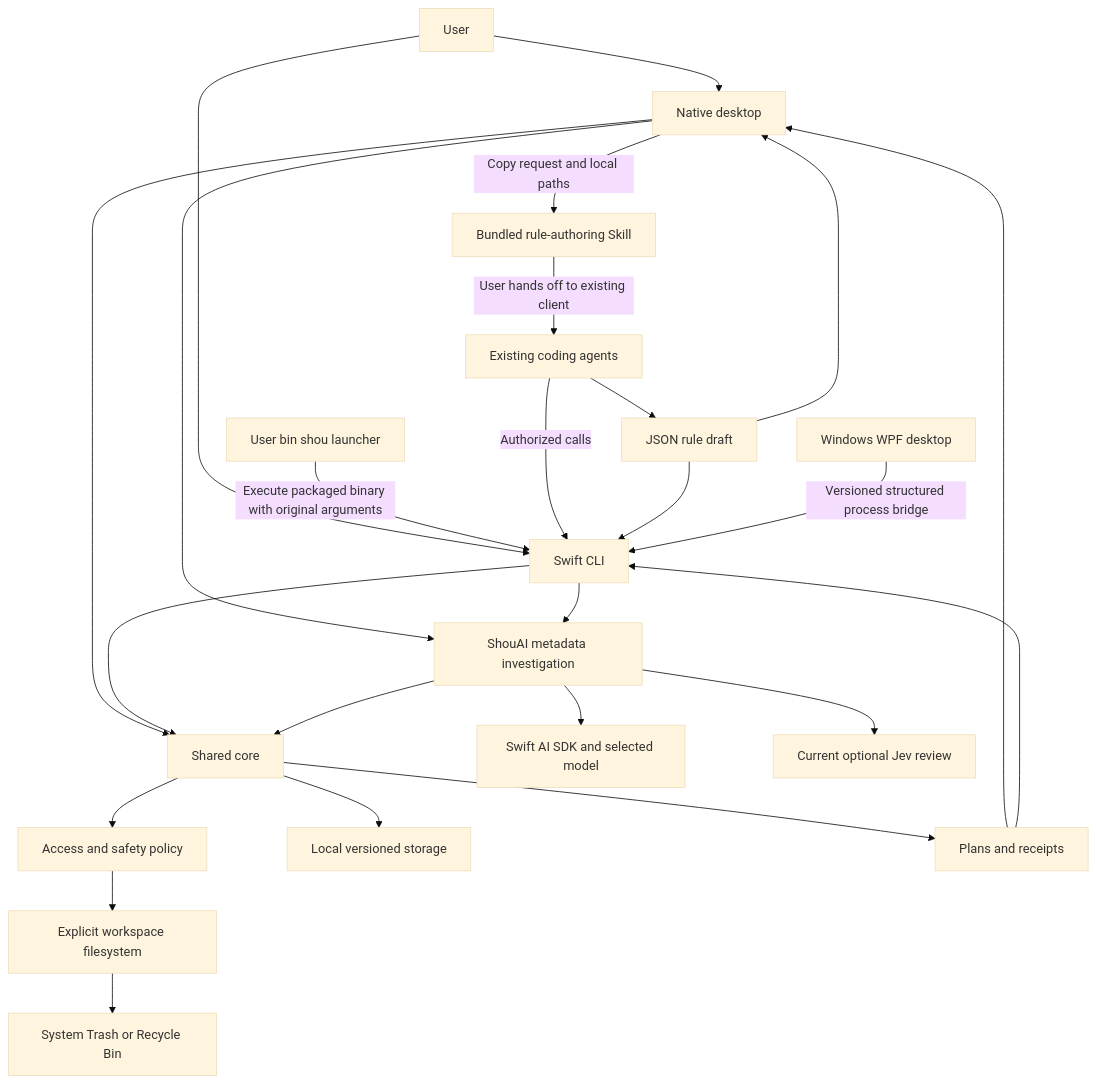
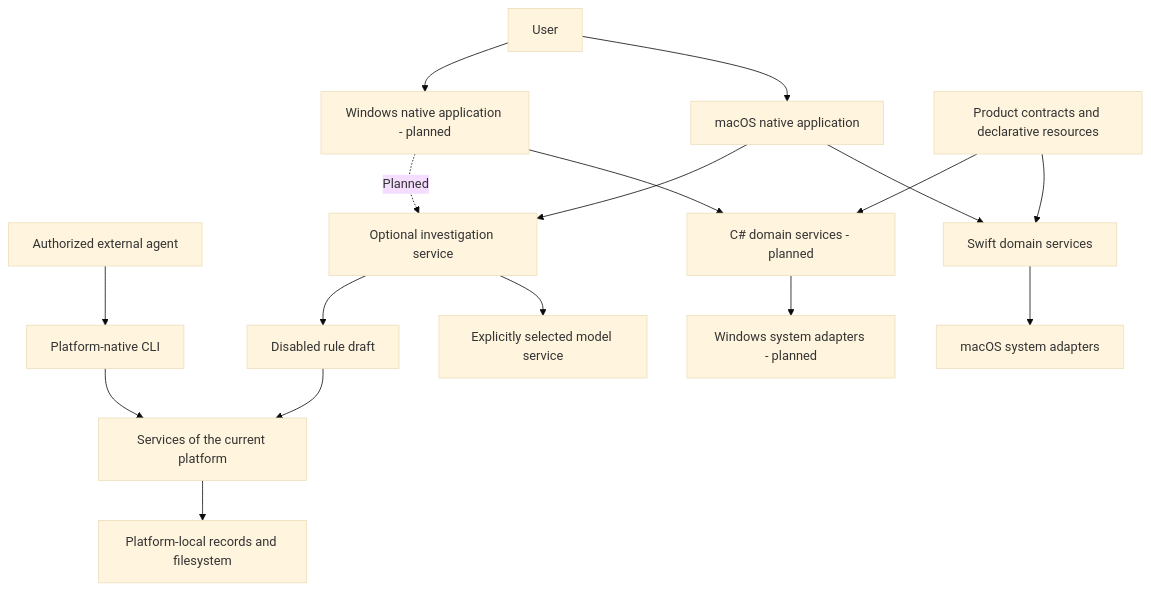
The first of 3 diagrams in docs/architecture/system-design.md (limecloud/shou), drawn with Mermaid (base theme) before and after one commit. The commit also changed other lines of this file and 312 other files, not shown here.

````diff
--- a/docs/architecture/system-design.md
+++ b/docs/architecture/system-design.md
@@ -19,27 +9,19 @@
 ```mermaid
 flowchart TB
-    User[User] --> GUI[Native desktop]
-    User --> CLI[Swift CLI]
-    Terminal[User bin shou launcher] -->|Execute packaged binary with original arguments| CLI
-    GUI -->|Copy request and local paths| Skill[Bundled rule-authoring Skill]
-    Skill -->|User hands off to existing client| Agents
-    Agents[Existing coding agents] -->|Authorized calls| CLI
-    Agents --> Draft[JSON rule draft]
-    Draft --> GUI
-    Draft --> CLI
-    GUI --> Core[Shared core]
-    CLI --> Core
-    GUI --> AI[ShouAI metadata investigation]
-    CLI --> AI
-    AI --> Core
-    AI --> SDK[Swift AI SDK and selected model]
-    AI --> Jev[Current optional Jev review]
-    Windows[Windows WPF desktop] -->|Versioned structured process bridge| CLI
-    Core --> Policy[Access and safety policy]
-    Core --> Store[Local versioned storage]
-    Policy --> FS[Explicit workspace filesystem]
-    FS --> Trash[System Trash or Recycle Bin]
-    Core --> Results[Plans and receipts]
-    Results --> GUI
-    Results --> CLI
+    User[User] --> Mac[macOS native application]
+    User --> Win[Windows native application - planned]
+    Agent[Authorized external agent] --> CLI[Platform-native CLI]
+    Mac --> Swift[Swift domain services]
+    Win --> CS[C# domain services - planned]
+    CLI --> Services[Services of the current platform]
+    Swift --> MacOS[macOS system adapters]
+    CS --> Windows[Windows system adapters - planned]
+    Shared[Product contracts and declarative resources] --> Swift
+    Shared --> CS
+    Services --> Local[Platform-local records and filesystem]
+    Mac --> AI[Optional investigation service]
+    Win -.Planned.-> AI
+    AI --> Provider[Explicitly selected model service]
+    AI --> Draft[Disabled rule draft]
+    Draft --> Services
 ```
````
